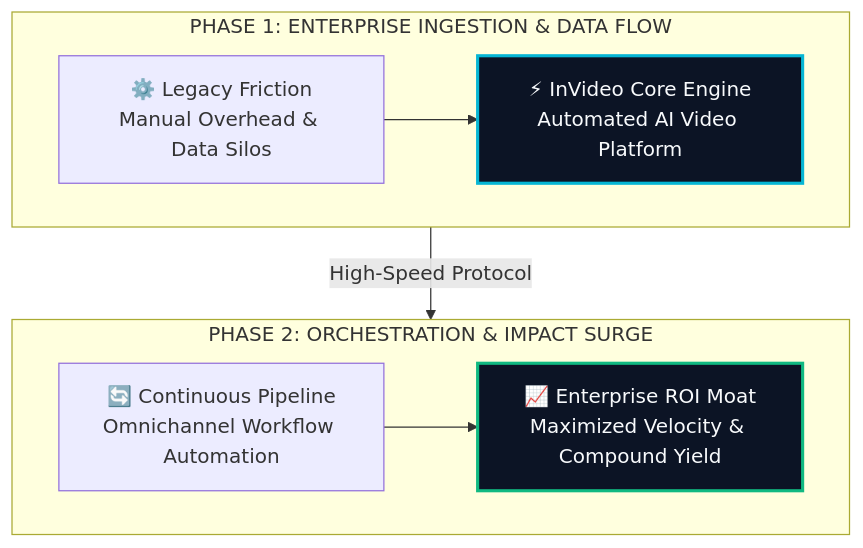
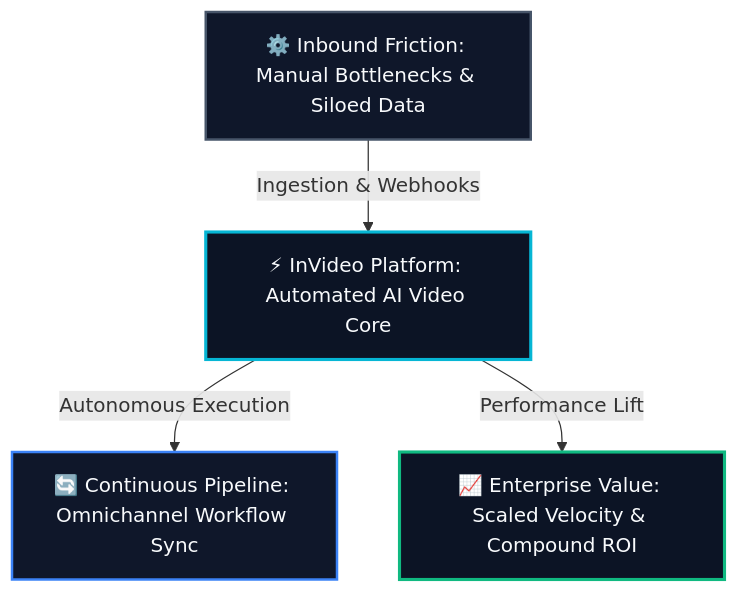
One commit to heliatech-media/saas-radar changed the diagram in site/src/content/blog/invideo-evolution-guide-2026.md. Above: the diagram before and after it, drawn with Mermaid. The commit also changed 93 other files, not shown here.

First line of the commit message:
fix(diagrams): resolve dagre-d3 subgraph collision by migrating to balanced 3-tier Hub & Spoke architecture

````diff
--- a/site/src/content/blog/invideo-evolution-guide-2026.md
+++ b/site/src/content/blog/invideo-evolution-guide-2026.md
@@ -54,14 +54,14 @@
 ```mermaid
 flowchart TD
-    subgraph S1["PHASE 1: ENTERPRISE INGESTION & DATA FLOW"]
-        direction LR
-        A["⚙️ Legacy Friction<br/>Manual Overhead & Data Silos"] --> B["⚡ InVideo Core Engine<br/>Automated AI Video Platform"]
-    end
-    subgraph S2["PHASE 2: ORCHESTRATION & IMPACT SURGE"]
-        direction LR
-        C["🔄 Continuous Pipeline<br/>Omnichannel Workflow Automation"] --> D["📈 Enterprise ROI Moat<br/>Maximized Velocity & Compound Yield"]
-    end
-    S1 -->|High-Speed Protocol| S2
-    style B fill:#0c1425,stroke:#06b6d4,stroke-width:2.5px,color:#f8fafc
-    style D fill:#0c1425,stroke:#10b981,stroke-width:2.5px,color:#f8fafc
+    Inp["⚙️ Inbound Friction: Manual Bottlenecks & Siloed Data"]
+    Eng["⚡ InVideo Platform: Automated AI Video Core"]
+    Out1["🔄 Continuous Pipeline: Omnichannel Workflow Sync"]
+    Out2["📈 Enterprise Value: Scaled Velocity & Compound ROI"]
+    Inp -->|Ingestion & Webhooks| Eng
+    Eng -->|Autonomous Execution| Out1
+    Eng -->|Performance Lift| Out2
+    style Inp fill:#0f172a,stroke:#475569,stroke-width:2px,color:#f8fafc
+    style Eng fill:#0c1425,stroke:#06b6d4,stroke-width:2.5px,color:#f8fafc
+    style Out1 fill:#0f172a,stroke:#3b82f6,stroke-width:2px,color:#f8fafc
+    style Out2 fill:#0c1425,stroke:#10b981,stroke-width:2.5px,color:#f8fafc
 ```
````
